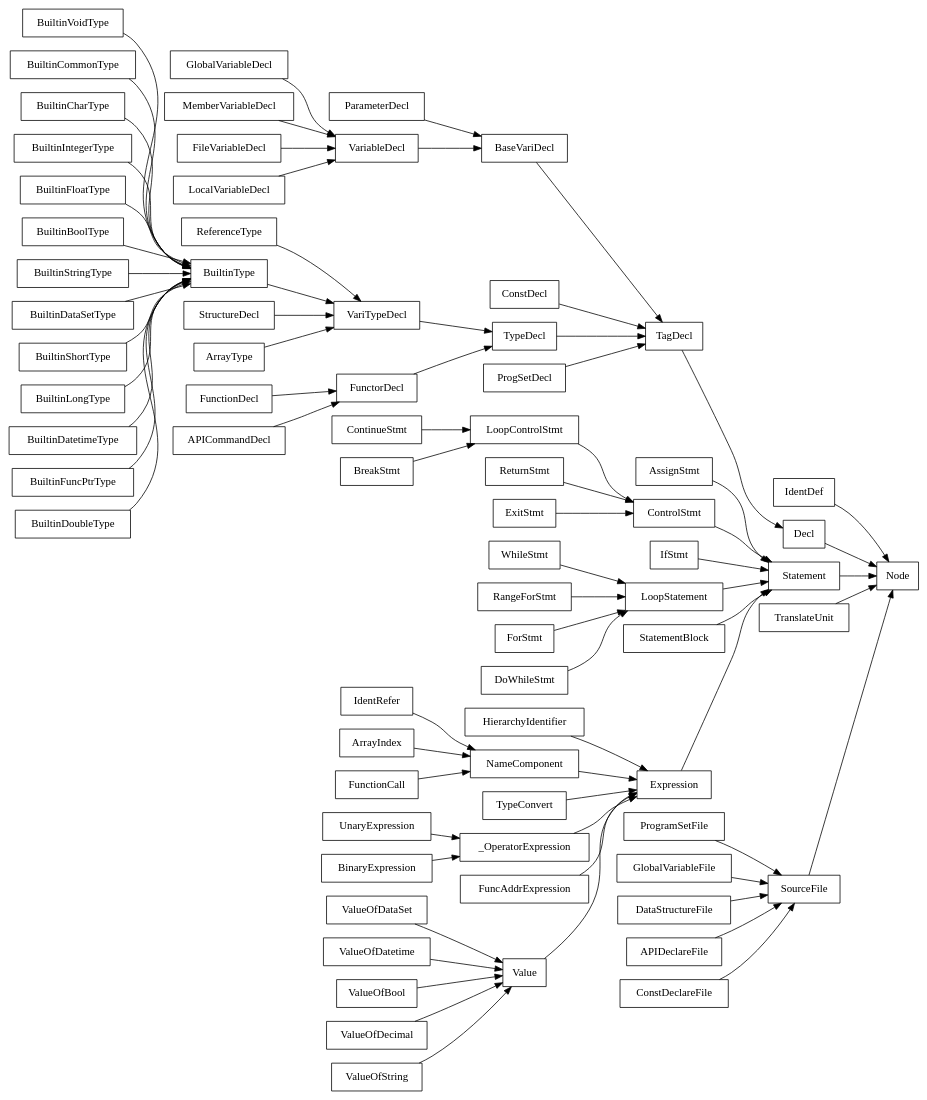
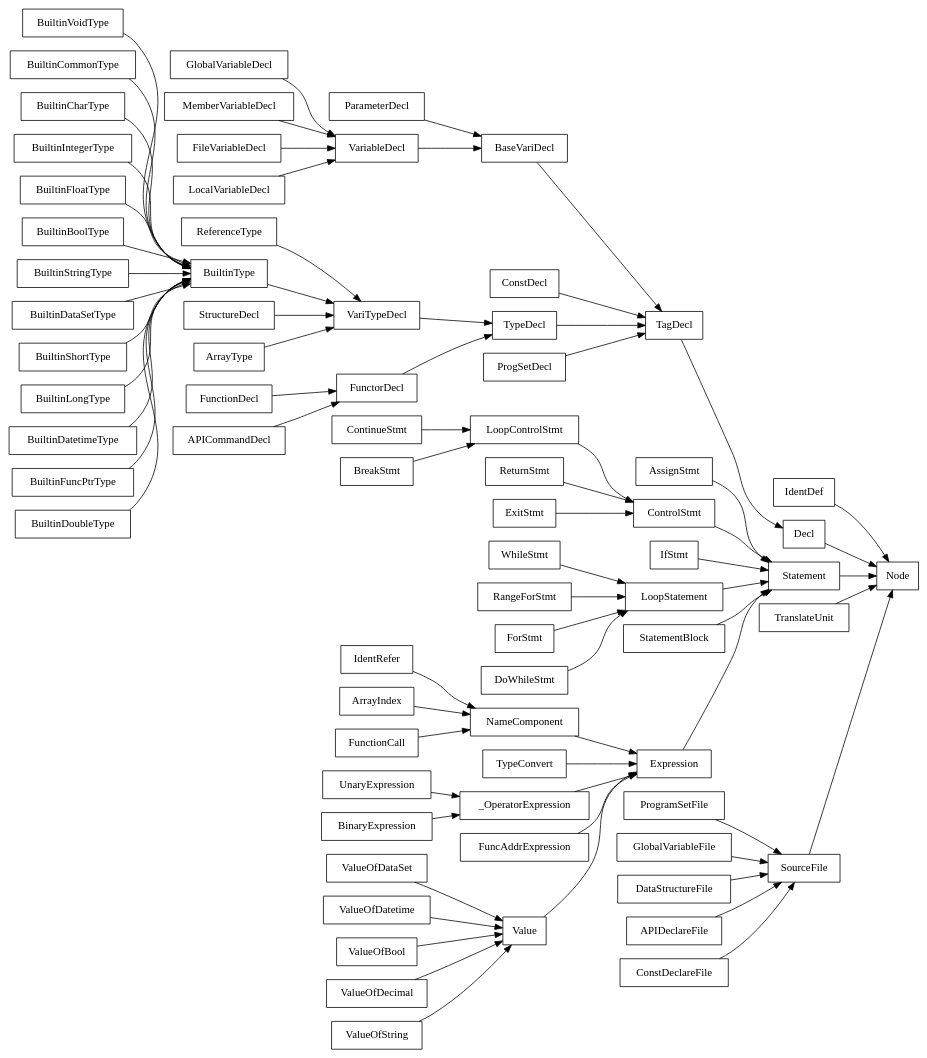
One commit to RonxBulld/RexLang changed the diagram in Compiler/rexlang_compiler/NodeInheritGraph.gv. Above: the diagram before and after it, drawn with Graphviz. The commit also changed 35 other files, not shown here.

```diff
--- a/Compiler/rexlang_compiler/NodeInheritGraph.gv
+++ b/Compiler/rexlang_compiler/NodeInheritGraph.gv
@@ -1,77 +1,76 @@
 digraph G {
     rankdir=LR;
     node[shape=box];
     "SourceFile" -> "Node";
     "IdentDef" -> "Node";
     "Decl" -> "Node";
     "Statement" -> "Node";
     "TranslateUnit" -> "Node";
     "ProgramSetFile" -> "SourceFile";
     "GlobalVariableFile" -> "SourceFile";
     "DataStructureFile" -> "SourceFile";
     "APIDeclareFile" -> "SourceFile";
     "ConstDeclareFile" -> "SourceFile";
     "TagDecl" -> "Decl";
     "BaseVariDecl" -> "TagDecl";
     "ConstDecl" -> "TagDecl";
     "TypeDecl" -> "TagDecl";
     "ProgSetDecl" -> "TagDecl";
     "ParameterDecl" -> "BaseVariDecl";
     "VariableDecl" -> "BaseVariDecl";
     "GlobalVariableDecl" -> "VariableDecl";
     "MemberVariableDecl" -> "VariableDecl";
     "FileVariableDecl" -> "VariableDecl";
     "LocalVariableDecl" -> "VariableDecl";
     "VariTypeDecl" -> "TypeDecl";
     "FunctorDecl" -> "TypeDecl";
     "ReferenceType" -> "VariTypeDecl";
     "BuiltinType" -> "VariTypeDecl";
     "StructureDecl" -> "VariTypeDecl";
     "ArrayType" -> "VariTypeDecl";
     "BuiltinVoidType" -> "BuiltinType";
     "BuiltinCommonType" -> "BuiltinType";
     "BuiltinCharType" -> "BuiltinType";
     "BuiltinIntegerType" -> "BuiltinType";
     "BuiltinFloatType" -> "BuiltinType";
     "BuiltinBoolType" -> "BuiltinType";
     "BuiltinStringType" -> "BuiltinType";
     "BuiltinDataSetType" -> "BuiltinType";
     "BuiltinShortType" -> "BuiltinType";
     "BuiltinLongType" -> "BuiltinType";
     "BuiltinDatetimeType" -> "BuiltinType";
     "BuiltinFuncPtrType" -> "BuiltinType";
     "BuiltinDoubleType" -> "BuiltinType";
     "FunctionDecl" -> "FunctorDecl";
     "APICommandDecl" -> "FunctorDecl";
     "AssignStmt" -> "Statement";
     "ControlStmt" -> "Statement";
     "IfStmt" -> "Statement";
     "LoopStatement" -> "Statement";
     "StatementBlock" -> "Statement";
     "Expression" -> "Statement";
     "LoopControlStmt" -> "ControlStmt";
     "ReturnStmt" -> "ControlStmt";
     "ExitStmt" -> "ControlStmt";
     "ContinueStmt" -> "LoopControlStmt";
     "BreakStmt" -> "LoopControlStmt";
     "WhileStmt" -> "LoopStatement";
     "RangeForStmt" -> "LoopStatement";
     "ForStmt" -> "LoopStatement";
     "DoWhileStmt" -> "LoopStatement";
-    "HierarchyIdentifier" -> "Expression";
     "NameComponent" -> "Expression";
     "TypeConvert" -> "Expression";
     "_OperatorExpression" -> "Expression";
     "FuncAddrExpression" -> "Expression";
     "Value" -> "Expression";
     "IdentRefer" -> "NameComponent";
     "ArrayIndex" -> "NameComponent";
     "FunctionCall" -> "NameComponent";
     "UnaryExpression" -> "_OperatorExpression";
     "BinaryExpression" -> "_OperatorExpression";
     "ValueOfDataSet" -> "Value";
     "ValueOfDatetime" -> "Value";
     "ValueOfBool" -> "Value";
     "ValueOfDecimal" -> "Value";
     "ValueOfString" -> "Value";
 }
```
